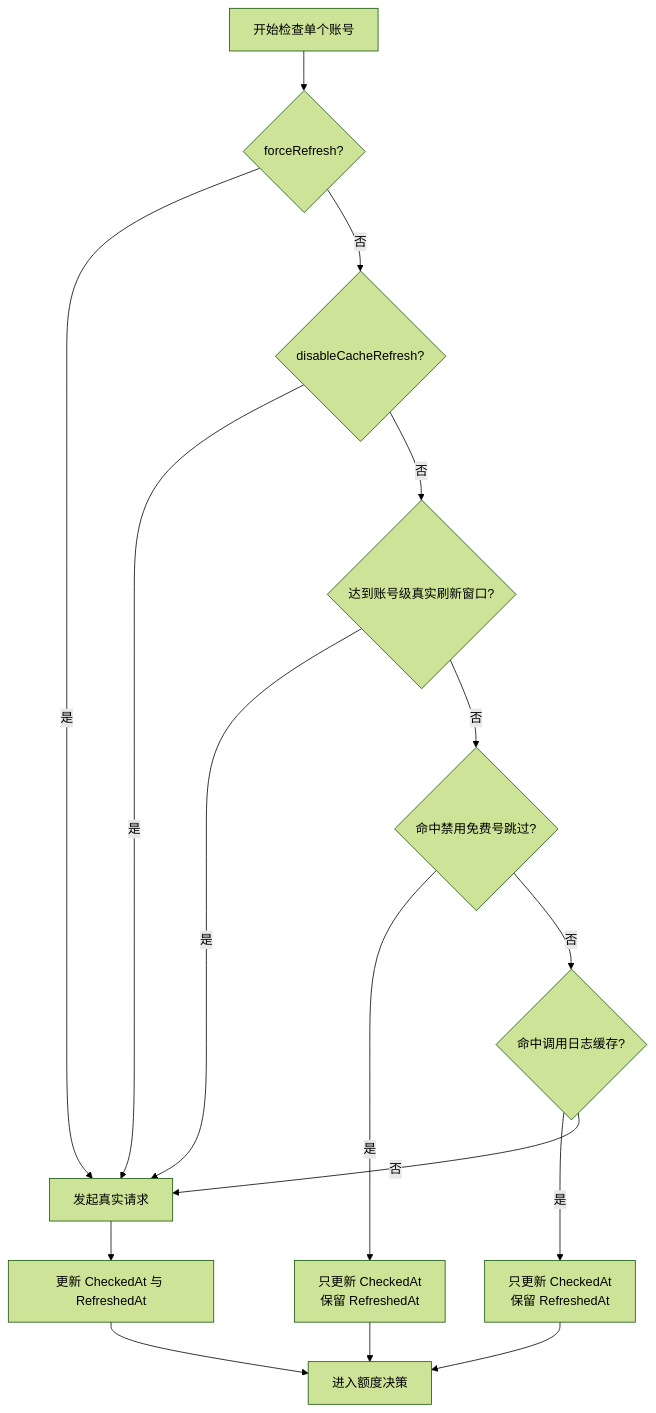
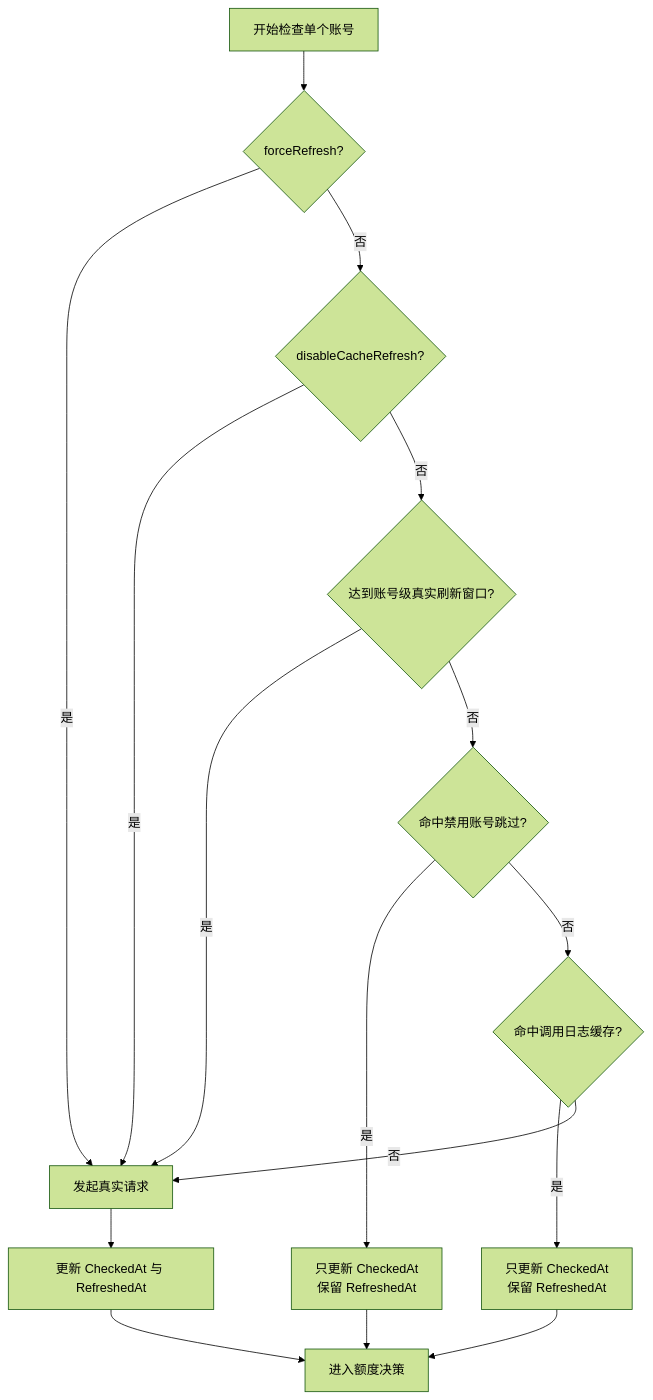
The first of 4 diagrams in DEVELOPMENT.md (kaixin1995/CodexPatrol), drawn with Mermaid (forest theme) before and after one commit. The commit also changed other lines of this file and 1 other file, not shown here.

````diff
--- a/DEVELOPMENT.md
+++ b/DEVELOPMENT.md
@@ -571,18 +576,18 @@
 ```mermaid
 flowchart TD
     A[开始检查单个账号] --> B{forceRefresh?}
     B -- 是 --> H[发起真实请求]
     B -- 否 --> B1{disableCacheRefresh?}
     B1 -- 是 --> H
     B1 -- 否 --> C{达到账号级真实刷新窗口?}
     C -- 是 --> H
-    C -- 否 --> D{命中禁用免费号跳过?}
+    C -- 否 --> D{命中禁用账号跳过?}
     D -- 是 --> D1[只更新 CheckedAt\n保留 RefreshedAt]
     D1 --> Z[进入额度决策]
     D -- 否 --> E{命中调用日志缓存?}
     E -- 是 --> E1[只更新 CheckedAt\n保留 RefreshedAt]
     E1 --> Z
     E -- 否 --> H
     H --> H1[更新 CheckedAt 与 RefreshedAt]
     H1 --> Z
 ```
````
